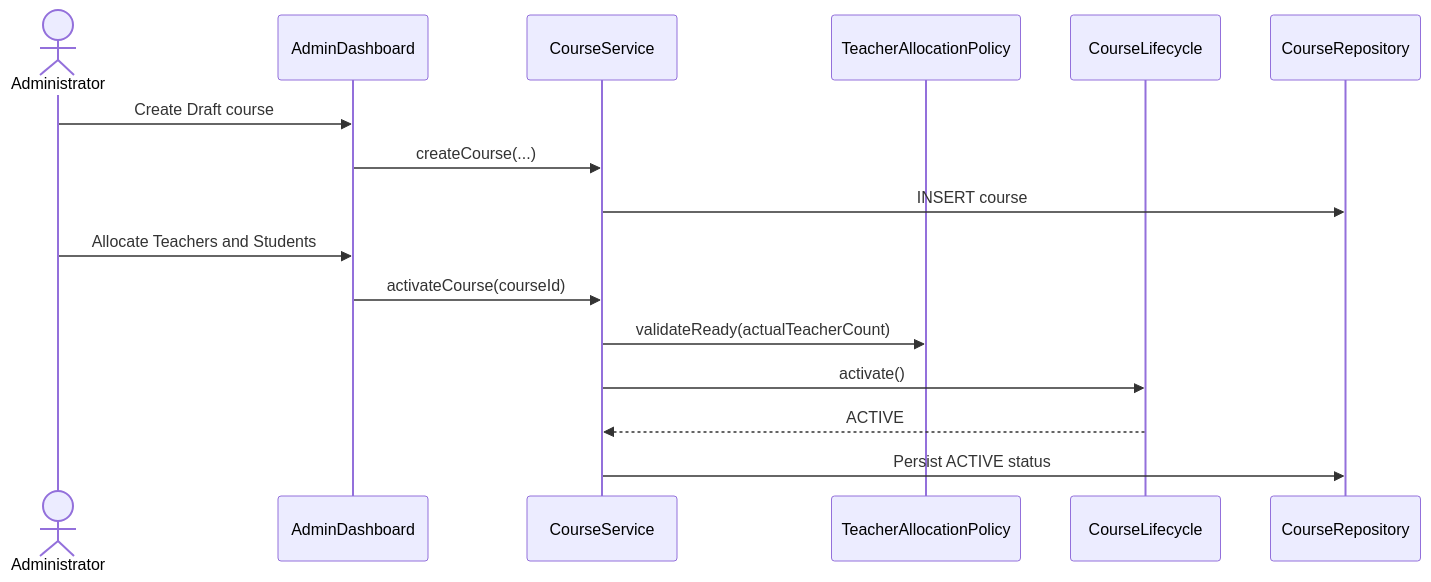
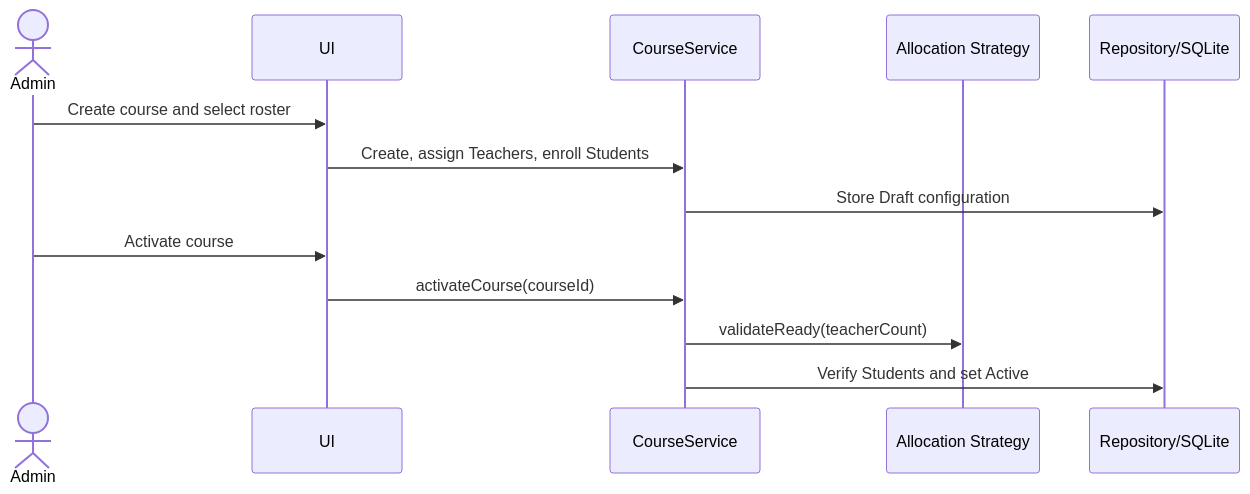
The third of 10 diagrams in TECHNICAL_DOCUMENTATION.md (Ashik590/IIT-Management-System), drawn with Mermaid before and after one commit. The commit also changed other lines of this file and 10 other files, not shown here.

````diff
--- a/TECHNICAL_DOCUMENTATION.md
+++ b/TECHNICAL_DOCUMENTATION.md
@@ -429,19 +189,15 @@
 ```mermaid
 sequenceDiagram
-    actor Admin as Administrator
-    participant View as AdminDashboard
-    participant Service as CourseService
-    participant Policy as TeacherAllocationPolicy
-    participant State as CourseLifecycle
-    participant Repo as CourseRepository
-
-    Admin->>View: Create Draft course
-    View->>Service: createCourse(...)
-    Service->>Repo: INSERT course
-    Admin->>View: Allocate Teachers and Students
-    View->>Service: activateCourse(courseId)
-    Service->>Policy: validateReady(actualTeacherCount)
-    Service->>State: activate()
-    State-->>Service: ACTIVE
-    Service->>Repo: Persist ACTIVE status
+    actor Admin
+    participant UI
+    participant CourseService
+    participant Policy as Allocation Strategy
+    participant DB as Repository/SQLite
+    Admin->>UI: Create course and select roster
+    UI->>CourseService: Create, assign Teachers, enroll Students
+    CourseService->>DB: Store Draft configuration
+    Admin->>UI: Activate course
+    UI->>CourseService: activateCourse(courseId)
+    CourseService->>Policy: validateReady(teacherCount)
+    CourseService->>DB: Verify Students and set Active
 ```
````
